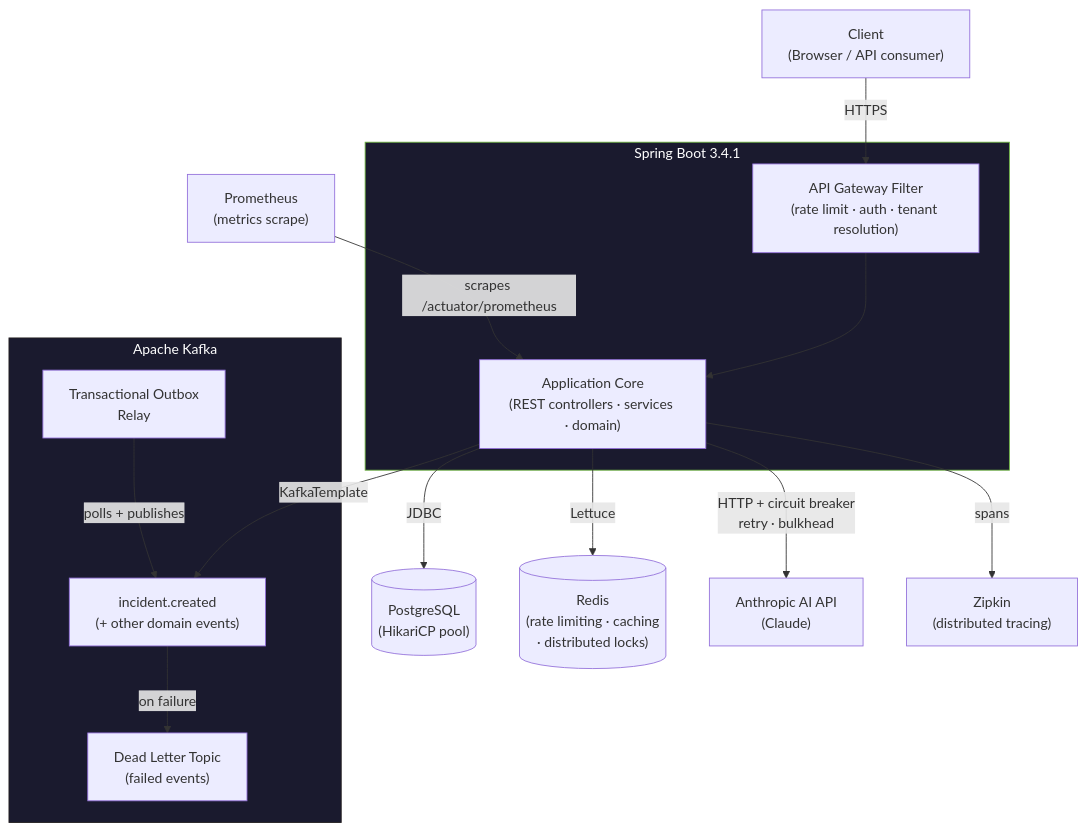
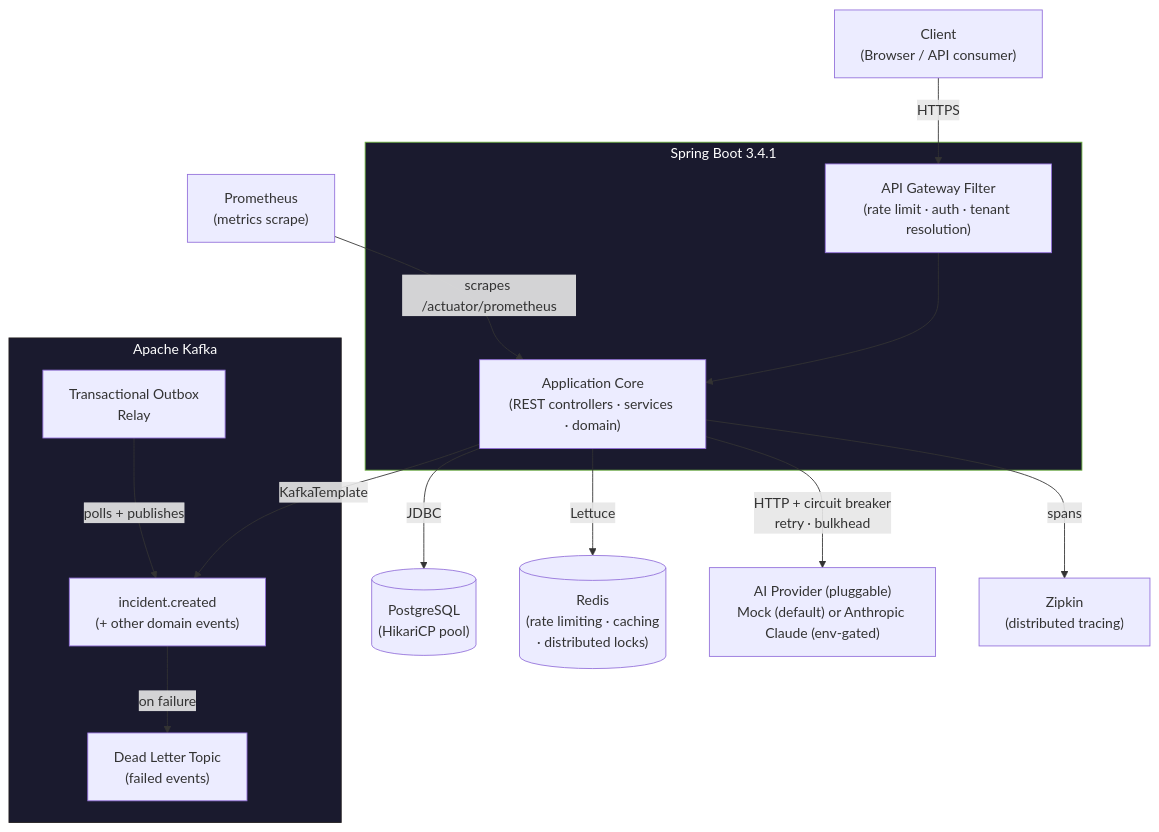
One commit to akhilleusn/aetherops changed the diagram in README.md. Above: the diagram before and after it, drawn with Mermaid. The commit also changed other lines of this file, not shown here.

Commit message:
docs: complete README overhaul — Phase 3 features, AI provider diagram label, email verification, similarity retrieval

````diff
--- a/README.md
+++ b/README.md
@@ -37,36 +37,36 @@
 ```mermaid
 flowchart TD
     Client["Client\n(Browser / API consumer)"]
 
     subgraph app["Spring Boot 3.4.1"]
         GW["API Gateway Filter\n(rate limit · auth · tenant resolution)"]
         Core["Application Core\n(REST controllers · services · domain)"]
     end
 
     PG[("PostgreSQL\n(HikariCP pool)")]
     Redis[("Redis\n(rate limiting · caching\n· distributed locks)")]
 
     subgraph kafka["Apache Kafka"]
         Topic["incident.created\n(+ other domain events)"]
         DLQ["Dead Letter Topic\n(failed events)"]
         Outbox["Transactional Outbox\nRelay"]
     end
 
-    AI["Anthropic AI API\n(Claude)"]
+    AI["AI Provider (pluggable)\nMock (default) or Anthropic Claude (env-gated)"]
     Zipkin["Zipkin\n(distributed tracing)"]
     Prometheus["Prometheus\n(metrics scrape)"]
 
     Client -->|HTTPS| GW
     GW --> Core
     Core -->|JDBC| PG
     Core -->|Lettuce| Redis
     Core -->|KafkaTemplate| Topic
     Topic -->|on failure| DLQ
     Outbox -->|polls + publishes| Topic
     Core -->|HTTP + circuit breaker\nretry · bulkhead| AI
     Core -->|spans| Zipkin
     Prometheus -->|scrapes /actuator/prometheus| Core
 
     style app fill:#1a1a2e,stroke:#6DB33F,color:#fff
     style kafka fill:#1a1a2e,stroke:#231F20,color:#fff
 ```
````
